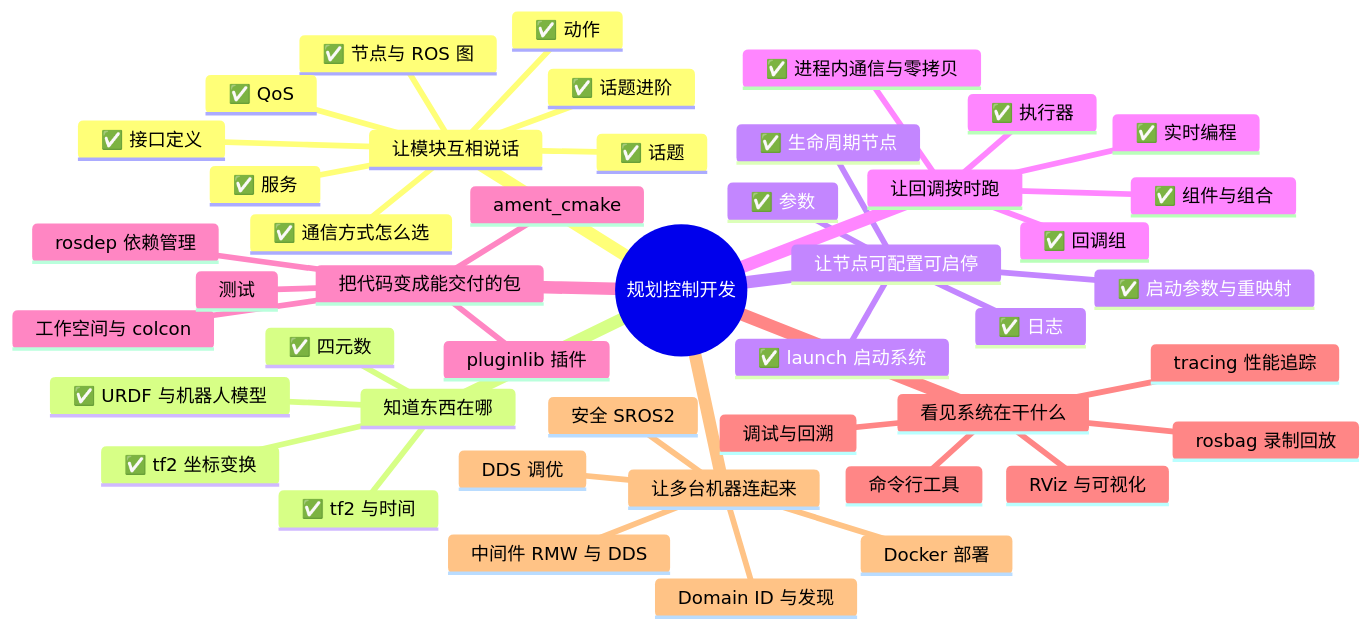
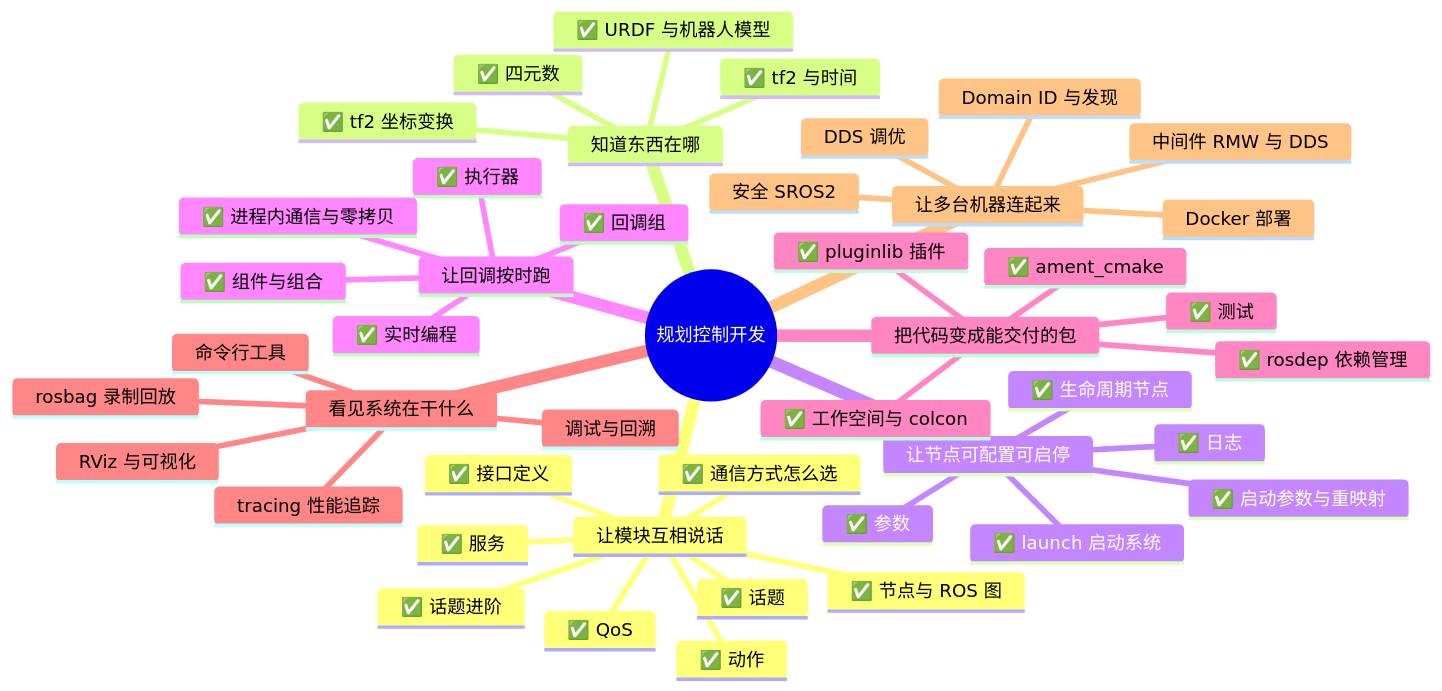
Before and after one commit to kevins-96/ros2_documentation: the diagram in study/map/overview.md, drawn with Mermaid. The commit also changed other lines of this file and 33 other files, not shown here.

First line of the commit message:
study: add batch 5 — workspace/colcon, ament_cmake, rosdep, pluginlib, testing

````diff
--- a/study/map/overview.md
+++ b/study/map/overview.md
@@ -6,48 +6,48 @@
 ```mermaid
 mindmap
   root((规划控制开发))
     让模块互相说话
       ✅ 节点与 ROS 图
       ✅ 通信方式怎么选
       ✅ 话题
       ✅ QoS
       ✅ 服务
       ✅ 动作
       ✅ 接口定义
       ✅ 话题进阶
     知道东西在哪
       ✅ tf2 坐标变换
       ✅ tf2 与时间
       ✅ 四元数
       ✅ URDF 与机器人模型
     让节点可配置可启停
       ✅ 参数
       ✅ 生命周期节点
       ✅ launch 启动系统
       ✅ 启动参数与重映射
       ✅ 日志
     让回调按时跑
       ✅ 执行器
       ✅ 回调组
       ✅ 组件与组合
       ✅ 进程内通信与零拷贝
       ✅ 实时编程
     把代码变成能交付的包
-      工作空间与 colcon
-      ament_cmake
-      rosdep 依赖管理
-      pluginlib 插件
-      测试
+      ✅ 工作空间与 colcon
+      ✅ ament_cmake
+      ✅ rosdep 依赖管理
+      ✅ pluginlib 插件
+      ✅ 测试
     看见系统在干什么
       命令行工具
       rosbag 录制回放
       调试与回溯
       tracing 性能追踪
       RViz 与可视化
     让多台机器连起来
       中间件 RMW 与 DDS
       Domain ID 与发现
       DDS 调优
       Docker 部署
       安全 SROS2
 ```
````
